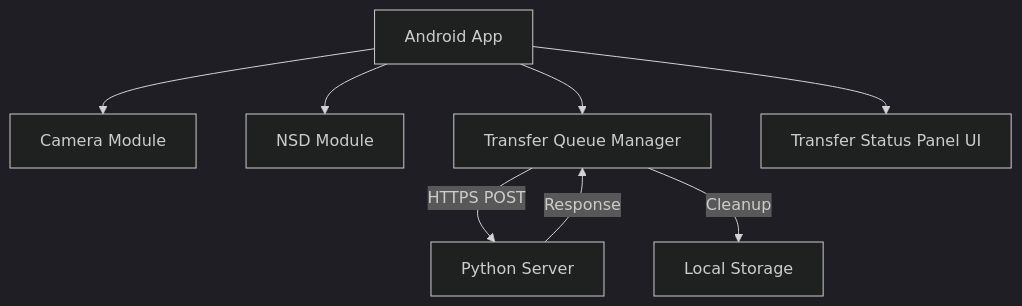
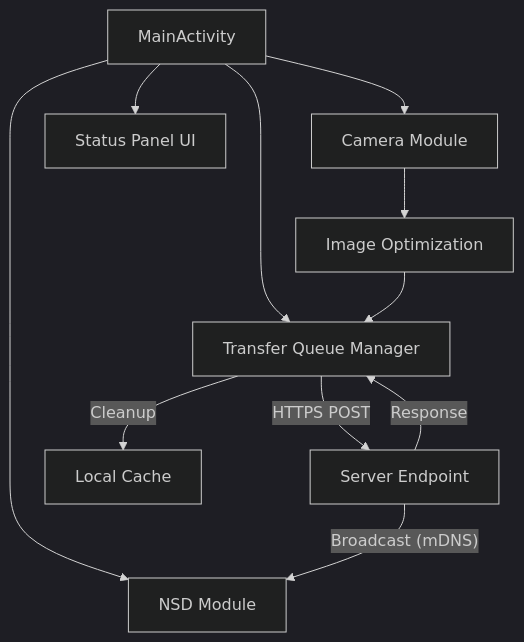
The diagram in docs/ARCHITECTURE.md (iseohyun/CamSender), drawn with Mermaid (dark theme) before and after one commit. The commit also changed other lines of this file and 11 other files, not shown here.

````diff
--- a/docs/ARCHITECTURE.md
+++ b/docs/ARCHITECTURE.md
@@ -4,10 +4,13 @@
 ```mermaid
 graph TD
-    A[Android App] --> B[Camera Module]
+    A[MainActivity] --> B[Camera Module]
+    B --> H[Image Optimization]
     A --> C[NSD Module]
     A --> D[Transfer Queue Manager]
-    D -- HTTPS POST --> E[Python Server]
+    A --> G[Status Panel UI]
+    H --> D
+    D -- HTTPS POST --> E[Server Endpoint]
     E -- Response --> D
-    D -- Cleanup --> F[Local Storage]
-    A --> G[Transfer Status Panel UI]
+    D -- Cleanup --> F[Local Cache]
+    E -- Broadcast (mDNS) --> C
 ```
````
